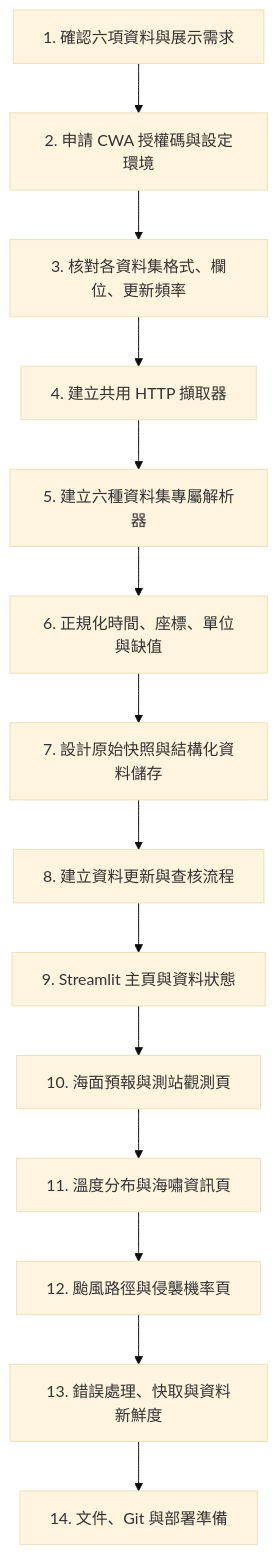
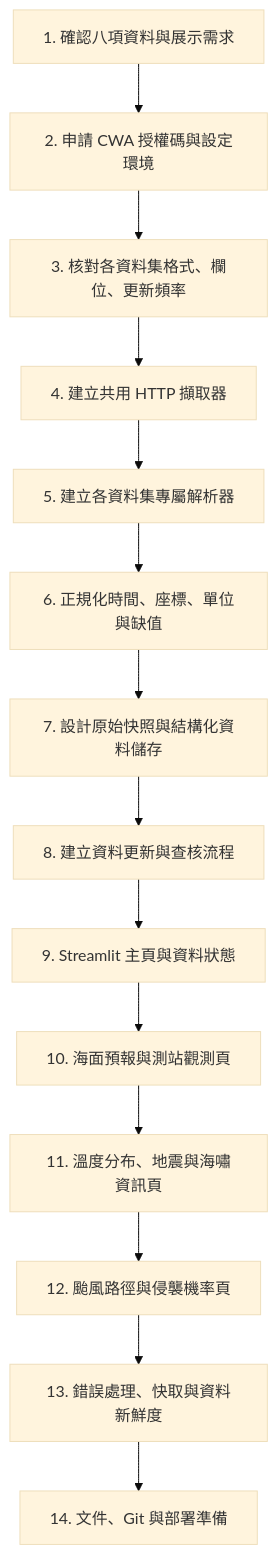
One commit to lun-09-15/AIoT_L3_CWA_HW1 changed the diagram in workflow.md. Above: the diagram before and after it, drawn with Mermaid (base theme). The commit also changed other lines of this file and 9 other files, not shown here.

````diff
--- a/workflow.md
+++ b/workflow.md
@@ -20,16 +21,16 @@
 ```mermaid
 flowchart TD
-    A[1. 確認六項資料與展示需求] --> B[2. 申請 CWA 授權碼與設定環境]
+    A[1. 確認八項資料與展示需求] --> B[2. 申請 CWA 授權碼與設定環境]
     B --> C[3. 核對各資料集格式、欄位、更新頻率]
     C --> D[4. 建立共用 HTTP 擷取器]
-    D --> E[5. 建立六種資料集專屬解析器]
+    D --> E[5. 建立各資料集專屬解析器]
     E --> F[6. 正規化時間、座標、單位與缺值]
     F --> G[7. 設計原始快照與結構化資料儲存]
     G --> H[8. 建立資料更新與查核流程]
     H --> I[9. Streamlit 主頁與資料狀態]
     I --> J[10. 海面預報與測站觀測頁]
-    J --> K[11. 溫度分布與海嘯資訊頁]
+    J --> K[11. 溫度分布、地震與海嘯資訊頁]
     K --> L[12. 颱風路徑與侵襲機率頁]
     L --> M[13. 錯誤處理、快取與資料新鮮度]
     M --> N[14. 文件、Git 與部署準備]
 ```
````
